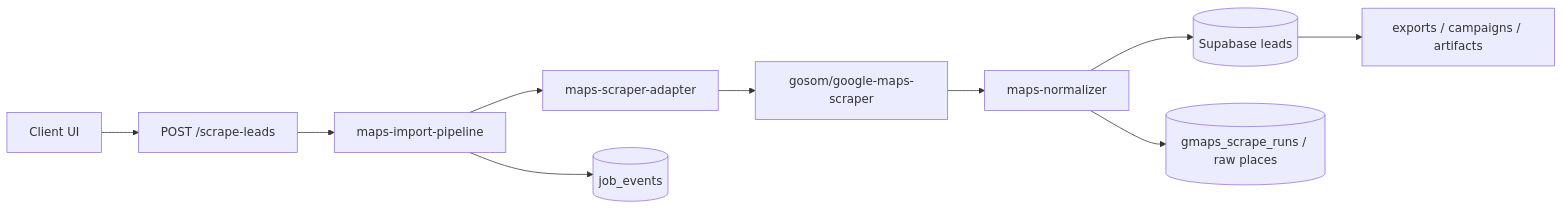
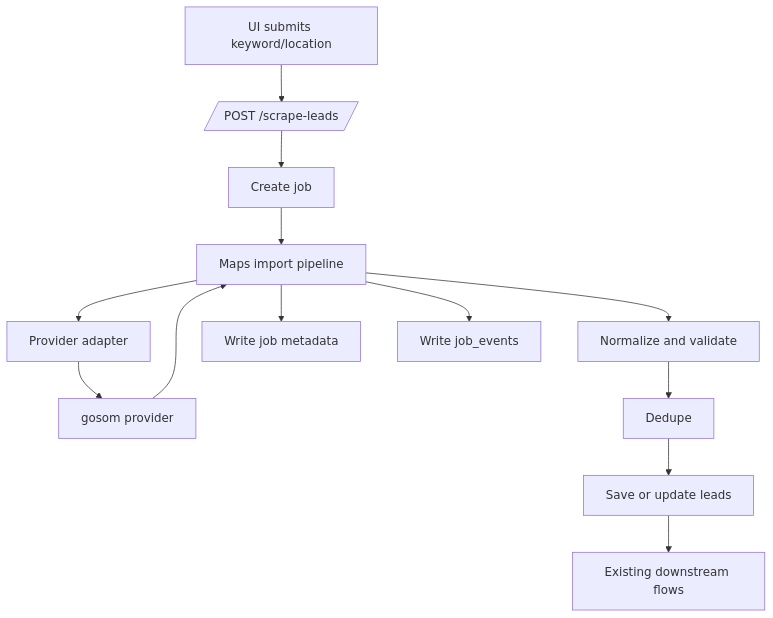
Before and after one commit to sagie47/scrape: the second of 2 diagrams in docs/MAPS_SCRAPER_MIGRATION_PLAN.md, drawn with Mermaid. The commit also changed other lines of this file and 13 other files, not shown here.

Commit message:
Add Google Maps ingestion adapter

````diff
--- a/docs/MAPS_SCRAPER_MIGRATION_PLAN.md
+++ b/docs/MAPS_SCRAPER_MIGRATION_PLAN.md
@@ -38,12 +47,15 @@
 ```mermaid
-flowchart LR
-  UI[Client UI] --> R[POST /scrape-leads]
-  R --> P[maps-import-pipeline]
-  P --> A[maps-scraper-adapter]
-  A --> G[gosom/google-maps-scraper]
-  G --> N[maps-normalizer]
-  N --> D[(Supabase leads)]
-  N --> RQ[(gmaps_scrape_runs / raw places)]
-  P --> J[(job_events)]
-  D --> X[exports / campaigns / artifacts]
+flowchart TD
+  A[UI submits keyword/location] --> B[/POST /scrape-leads/]
+  B --> C[Create job]
+  C --> D[Maps import pipeline]
+  D --> E[Provider adapter]
+  E --> F[gosom provider]
+  F --> D
+  D --> G[Normalize and validate]
+  G --> H[Dedupe]
+  H --> I[Save or update leads]
+  D --> J[Write job metadata]
+  D --> K[Write job_events]
+  I --> L[Existing downstream flows]
 ```
````
